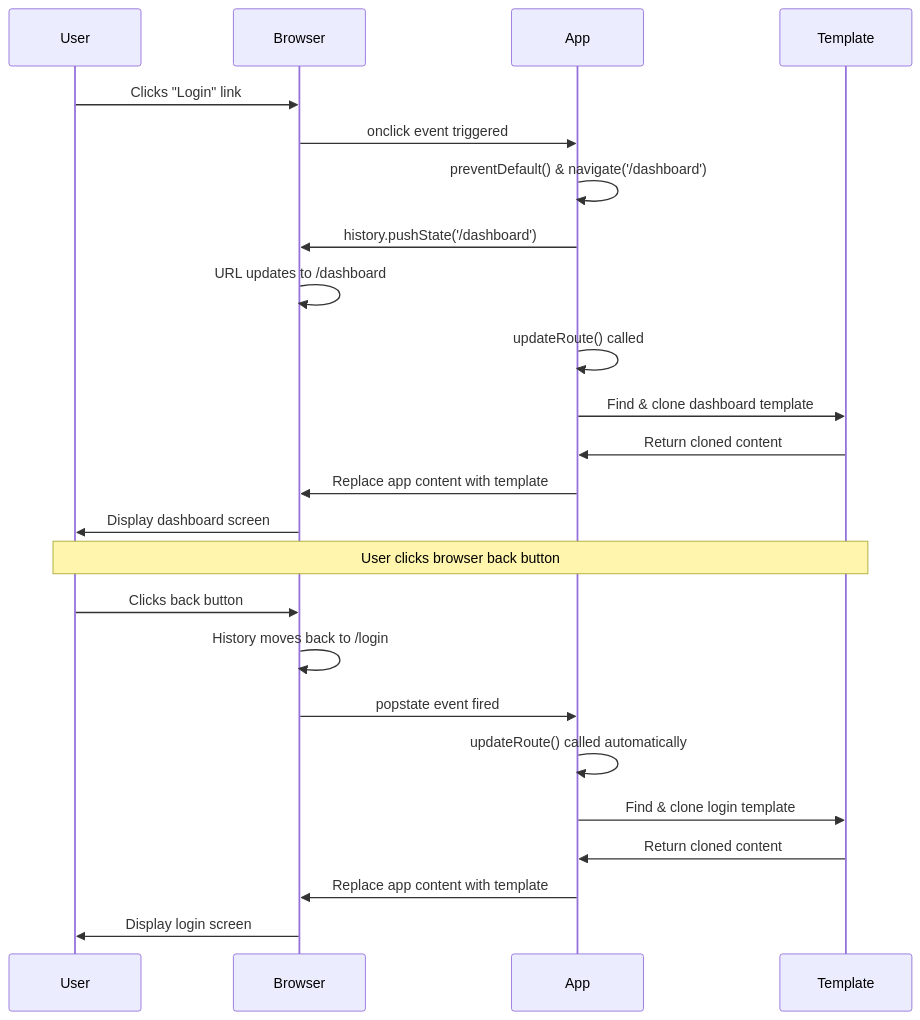
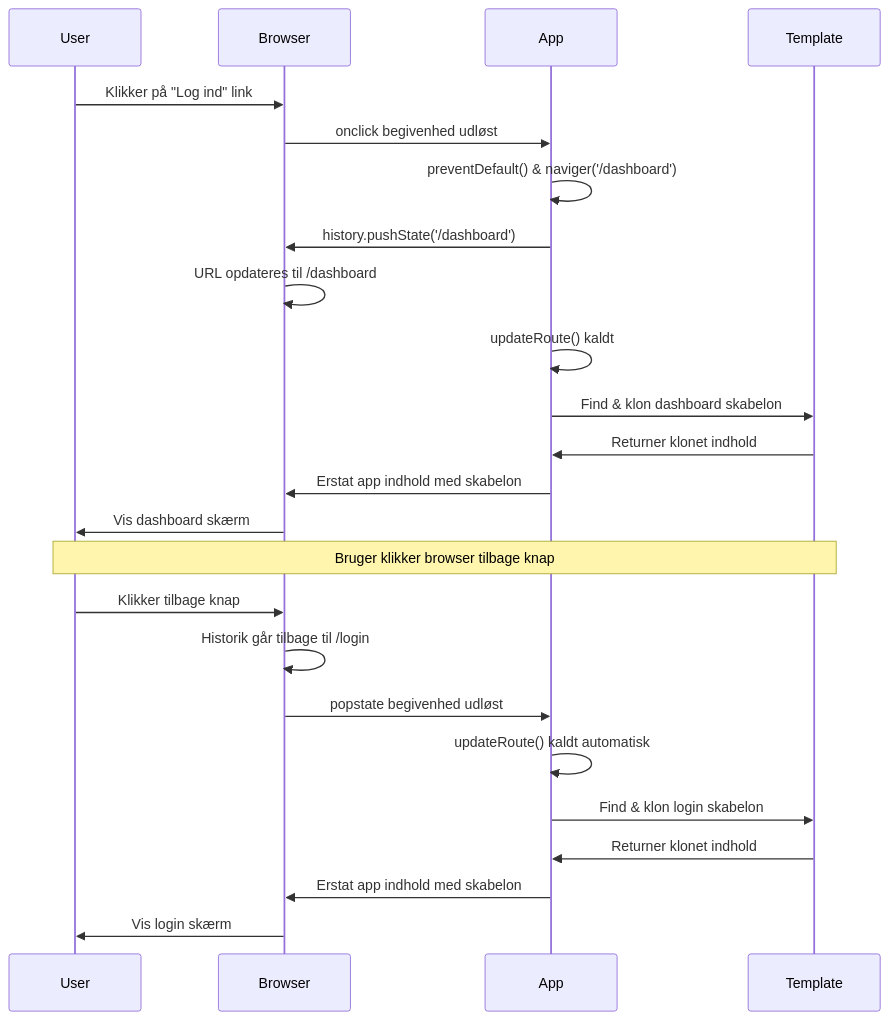
The seventh of 9 diagrams in translations/da/7-bank-project/1-template-route/README.md (microsoft/Web-Dev-For-Beginners), drawn with Mermaid before and after one commit. The commit also changed other lines of this file and 41 other files, not shown here.

````diff
--- a/translations/da/7-bank-project/1-template-route/README.md
+++ b/translations/da/7-bank-project/1-template-route/README.md
@@ -468,29 +450,29 @@
 ```mermaid
 sequenceDiagram
     participant User
     participant Browser
     participant App
     participant Template
     
-    User->>Browser: Clicks "Login" link
-    Browser->>App: onclick event triggered
-    App->>App: preventDefault() & navigate('/dashboard')
+    User->>Browser: Klikker på "Log ind" link
+    Browser->>App: onclick begivenhed udløst
+    App->>App: preventDefault() & naviger('/dashboard')
     App->>Browser: history.pushState('/dashboard')
-    Browser->>Browser: URL updates to /dashboard
-    App->>App: updateRoute() called
-    App->>Template: Find & clone dashboard template
-    Template->>App: Return cloned content
-    App->>Browser: Replace app content with template
-    Browser->>User: Display dashboard screen
+    Browser->>Browser: URL opdateres til /dashboard
+    App->>App: updateRoute() kaldt
+    App->>Template: Find & klon dashboard skabelon
+    Template->>App: Returner klonet indhold
+    App->>Browser: Erstat app indhold med skabelon
+    Browser->>User: Vis dashboard skærm
     
-    Note over User,Template: User clicks browser back button
+    Note over User,Template: Bruger klikker browser tilbage knap
     
-    User->>Browser: Clicks back button
-    Browser->>Browser: History moves back to /login
-    Browser->>App: popstate event fired
-    App->>App: updateRoute() called automatically
-    App->>Template: Find & clone login template
-    Template->>App: Return cloned content
-    App->>Browser: Replace app content with template
-    Browser->>User: Display login screen
+    User->>Browser: Klikker tilbage knap
+    Browser->>Browser: Historik går tilbage til /login
+    Browser->>App: popstate begivenhed udløst
+    App->>App: updateRoute() kaldt automatisk
+    App->>Template: Find & klon login skabelon
+    Template->>App: Returner klonet indhold
+    App->>Browser: Erstat app indhold med skabelon
+    Browser->>User: Vis login skærm
 ```
````
